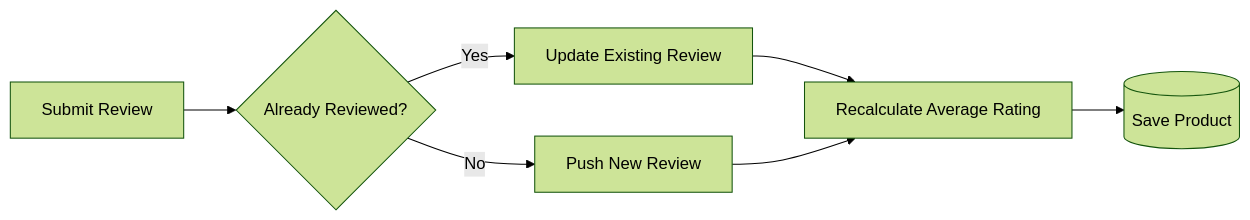
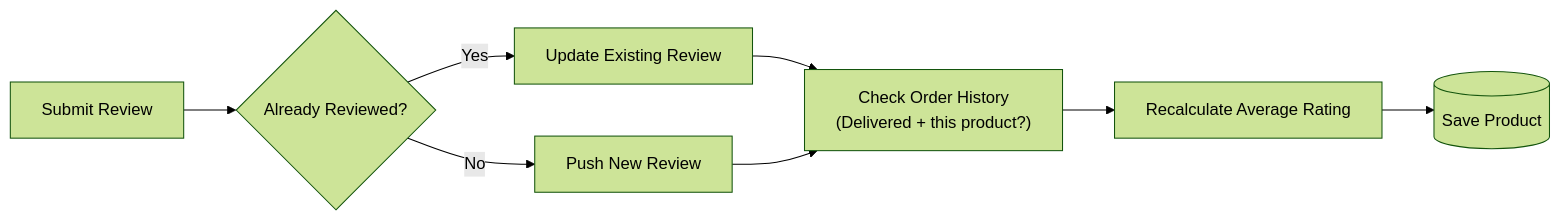
One commit to Hardeep-Malhotra/fullstack-mern-ecommerce changed the fifth of 16 diagrams in README.md. Above: the diagram before and after it, drawn with Mermaid (forest theme). The commit also changed other lines of this file, not shown here.

````diff
--- a/README.md
+++ b/README.md
@@ -258,9 +260,10 @@
 ```mermaid
 flowchart LR
     Submit[Submit Review] --> Check{Already Reviewed?}
     Check -->|Yes| Update[Update Existing Review]
     Check -->|No| Push[Push New Review]
-    Update --> Recalc[Recalculate Average Rating]
-    Push --> Recalc
+    Update --> Verify["Check Order History<br/>(Delivered + this product?)"]
+    Push --> Verify
+    Verify --> Recalc[Recalculate Average Rating]
     Recalc --> Save[(Save Product)]
 ```
````
